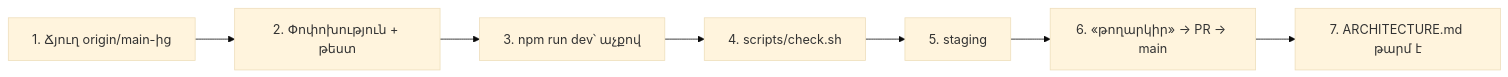
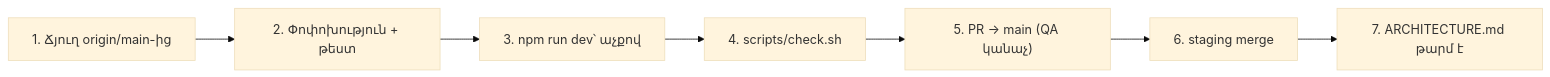
Diagram 25 of 25 in docs/ARCHITECTURE.md (T0n0yan/armenian-apostolic-digital-library), drawn with Mermaid (base theme) before and after one commit. The commit also changed other lines of this file and 1 other file, not shown here.

First line of the commit message:
ARCHITECTURE. cache, deploy-ի smoke/rollback, սխալներ, փոքր պատկերներ

````diff
--- a/docs/ARCHITECTURE.md
+++ b/docs/ARCHITECTURE.md
@@ -846,4 +860,4 @@
 ```mermaid
 flowchart LR
-  A["1. Ճյուղ origin/main-ից"] --> B["2. Փոփոխություն + թեստ"] --> C["3. npm run dev՝ աչքով"] --> D["4. scripts/check.sh"] --> E["5. staging"] --> F["6. «թողարկիր» → PR → main"] --> G["7. ARCHITECTURE.md թարմ է"]
+  A["1. Ճյուղ origin/main-ից"] --> B["2. Փոփոխություն + թեստ"] --> C["3. npm run dev՝ աչքով"] --> D["4. scripts/check.sh"] --> F["5. PR → main (QA կանաչ)"] --> E["6. staging merge"] --> G["7. ARCHITECTURE.md թարմ է"]
 ```
````
